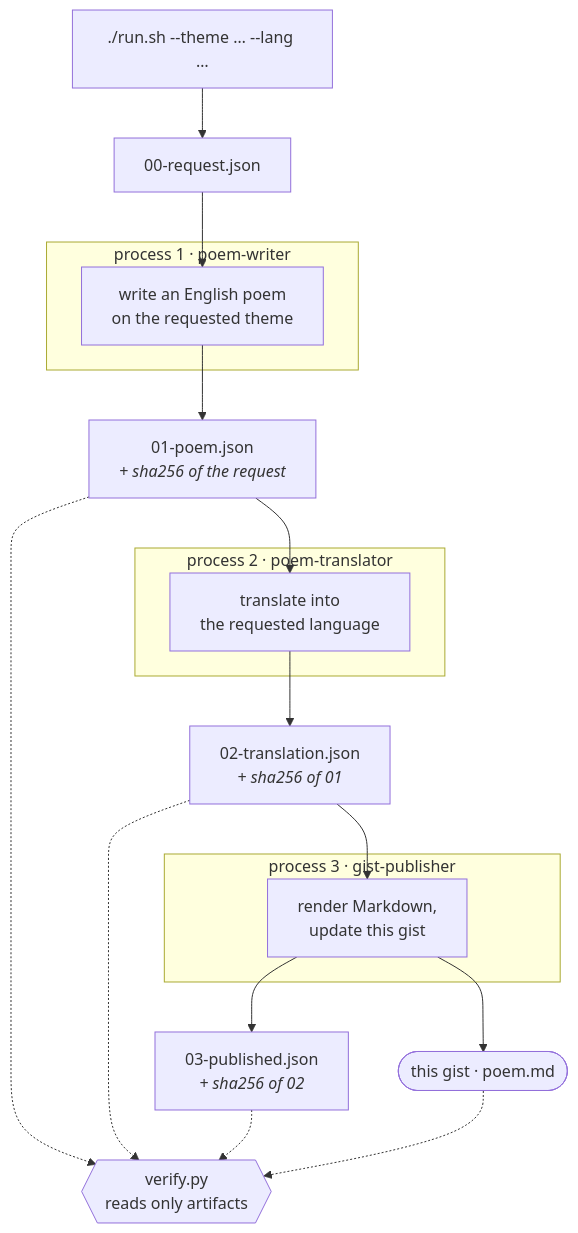
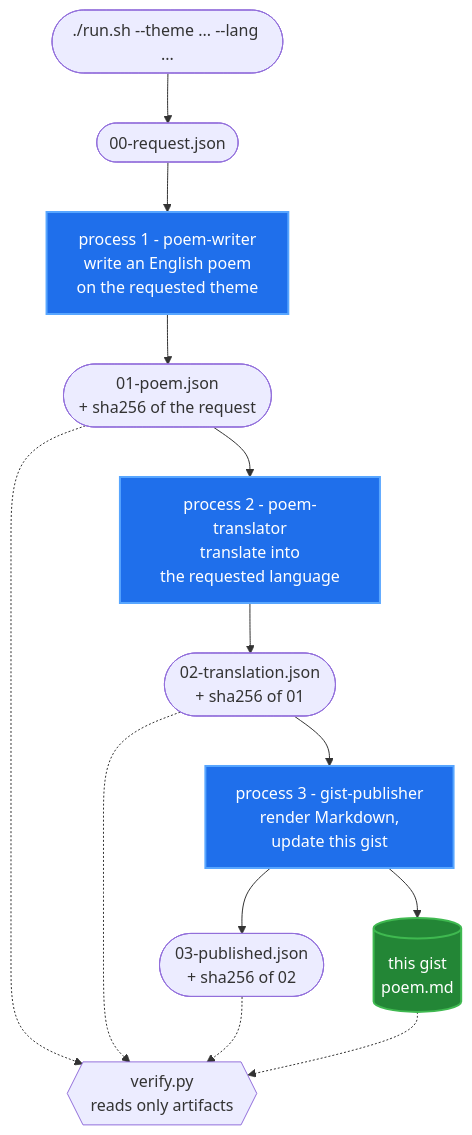
Before and after one commit to GoldenMaximo/Claude-Skill-Orchestration-Pipeline-Poem: the diagram in the-chain.md, drawn with Mermaid.

Commit message:
fix the gist diagram: drop the single-node subgraphs, style with classDef
Each subgraph wrapped exactly one node, so mermaid routed every edge to the
inner node and drew the cluster border across it -- arrows appeared to overlap
the process box because they were passing through it to reach the box inside.

A subgraph around one node was only ever doing what classDef does properly, so
the processes are plain nodes now carrying their label, styled blue with an
explicit text colour so they read the same under the light and dark mermaid
themes GitHub serves. The gist node is green, artifacts stay stadium-shaped and
theme-default.

Verified against mermaid 10.9.1 rather than assumed: parses, renders, 0 cluster
elements, 0 overlapping node boxes measured in screen space, 12 edge paths.

````diff
--- a/the-chain.md
+++ b/the-chain.md
@@ -15,24 +15,27 @@
 ```mermaid
 flowchart TD
-    F["./run.sh --theme … --lang …"] --> R["00-request.json"]
+    F(["./run.sh --theme ... --lang ..."]) --> R(["00-request.json"])
 
-    subgraph P1["process 1 · poem-writer"]
-        S1["write an English poem<br/>on the requested theme"]
-    end
-    subgraph P2["process 2 · poem-translator"]
-        S2["translate into<br/>the requested language"]
-    end
-    subgraph P3["process 3 · gist-publisher"]
-        S3["render Markdown,<br/>update this gist"]
-    end
+    R --> S1["process 1 - poem-writer<br/>write an English poem<br/>on the requested theme"]
+    S1 --> A1(["01-poem.json<br/>+ sha256 of the request"])
 
-    R --> S1 --> A1["01-poem.json<br/><i>+ sha256 of the request</i>"]
-    A1 --> S2 --> A2["02-translation.json<br/><i>+ sha256 of 01</i>"]
-    A2 --> S3 --> A3["03-published.json<br/><i>+ sha256 of 02</i>"]
-    S3 --> G(["this gist · poem.md"])
+    A1 --> S2["process 2 - poem-translator<br/>translate into<br/>the requested language"]
+    S2 --> A2(["02-translation.json<br/>+ sha256 of 01"])
+
+    A2 --> S3["process 3 - gist-publisher<br/>render Markdown,<br/>update this gist"]
+    S3 --> A3(["03-published.json<br/>+ sha256 of 02"])
+    S3 --> G[("this gist<br/>poem.md")]
 
     A1 -.-> V{{"verify.py<br/>reads only artifacts"}}
     A2 -.-> V
     A3 -.-> V
     G -.-> V
+
+    %% Both fill and text colour are set explicitly, so the processes read the
+    %% same whether GitHub serves the light or the dark mermaid theme. The
+    %% artifacts are left unstyled and follow whichever theme is in use.
+    classDef proc fill:#1f6feb,stroke:#58a6ff,stroke-width:2px,color:#ffffff
+    classDef gist fill:#238636,stroke:#3fb950,stroke-width:2px,color:#ffffff
+    class S1,S2,S3 proc
+    class G gist
 ```
````
